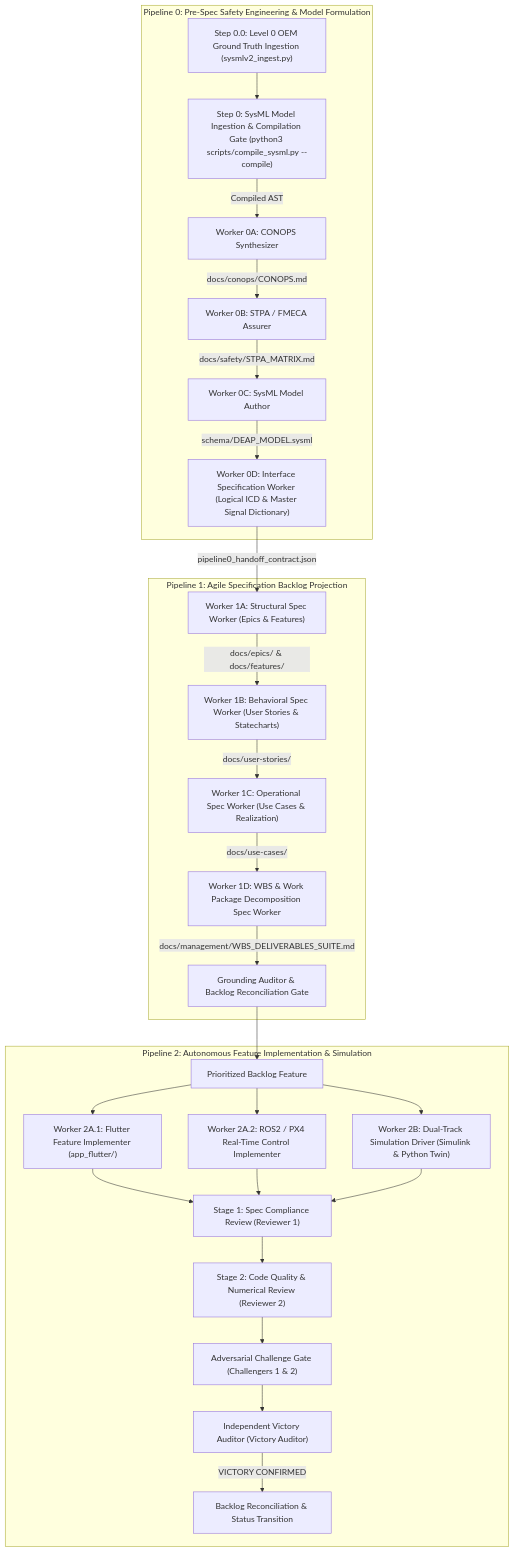
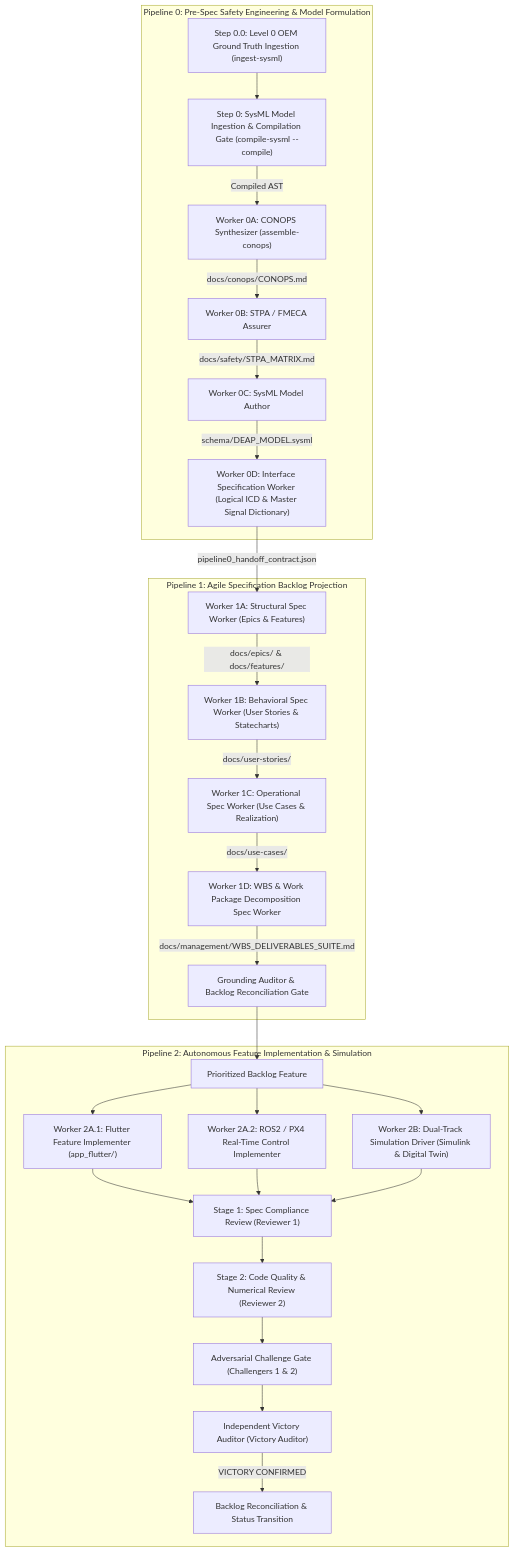
One commit to gintatkinson/DEAP-avionic-flight-safety changed the diagram in README.md. Above: the diagram before and after it, drawn with Mermaid. The commit also changed other lines of this file and 256 other files, not shown here.

````diff
--- a/README.md
+++ b/README.md
@@ -74,30 +87,30 @@
 ```mermaid
 flowchart TD
     subgraph P0["Pipeline 0: Pre-Spec Safety Engineering & Model Formulation"]
-        Step00["Step 0.0: Level 0 OEM Ground Truth Ingestion (sysmlv2_ingest.py)"] --> Step0["Step 0: SysML Model Ingestion & Compilation Gate (python3 scripts/compile_sysml.py --compile)"]
-        Step0 -->|"Compiled AST"| W0A["Worker 0A: CONOPS Synthesizer"]
+        Step00["Step 0.0: Level 0 OEM Ground Truth Ingestion (ingest-sysml)"] --> Step0["Step 0: SysML Model Ingestion & Compilation Gate (compile-sysml --compile)"]
+        Step0 -->|"Compiled AST"| W0A["Worker 0A: CONOPS Synthesizer (assemble-conops)"]
         W0A -->|"docs/conops/CONOPS.md"| W0B["Worker 0B: STPA / FMECA Assurer"]
         W0B -->|"docs/safety/STPA_MATRIX.md"| W0C["Worker 0C: SysML Model Author"]
         W0C -->|"schema/DEAP_MODEL.sysml"| W0D["Worker 0D: Interface Specification Worker (Logical ICD & Master Signal Dictionary)"]
     end
 
     subgraph P1["Pipeline 1: Agile Specification Backlog Projection"]
         W0D -->|"pipeline0_handoff_contract.json"| W1A["Worker 1A: Structural Spec Worker (Epics & Features)"]
         W1A -->|"docs/epics/ & docs/features/"| W1B["Worker 1B: Behavioral Spec Worker (User Stories & Statecharts)"]
         W1B -->|"docs/user-stories/"| W1C["Worker 1C: Operational Spec Worker (Use Cases & Realization)"]
         W1C -->|"docs/use-cases/"| W1D["Worker 1D: WBS & Work Package Decomposition Spec Worker"]
         W1D -->|"docs/management/WBS_DELIVERABLES_SUITE.md"| Reconcile["Grounding Auditor & Backlog Reconciliation Gate"]
     end
 
     subgraph P2["Pipeline 2: Autonomous Feature Implementation & Simulation"]
         Reconcile --> Backlog["Prioritized Backlog Feature"]
         Backlog --> W2A1["Worker 2A.1: Flutter Feature Implementer (app_flutter/)"]
         Backlog --> W2A2["Worker 2A.2: ROS2 / PX4 Real-Time Control Implementer"]
-        Backlog --> W2B["Worker 2B: Dual-Track Simulation Driver (Simulink & Python Twin)"]
+        Backlog --> W2B["Worker 2B: Dual-Track Simulation Driver (Simulink & Digital Twin)"]
         W2A1 & W2A2 & W2B --> Rev1["Stage 1: Spec Compliance Review (Reviewer 1)"]
         Rev1 --> Rev2["Stage 2: Code Quality & Numerical Review (Reviewer 2)"]
         Rev2 --> Chall["Adversarial Challenge Gate (Challengers 1 & 2)"]
         Chall --> Victory["Independent Victory Auditor (Victory Auditor)"]
         Victory -->|"VICTORY CONFIRMED"| Release["Backlog Reconciliation & Status Transition"]
     end
 ```
````
